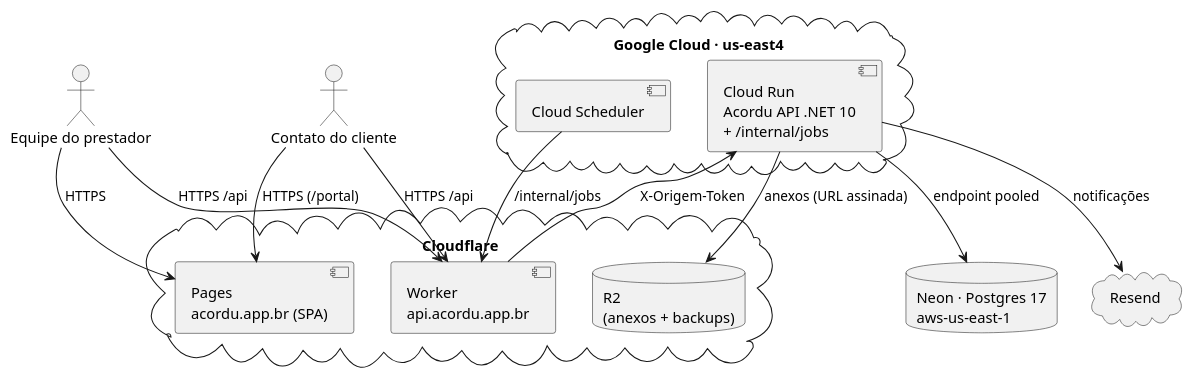
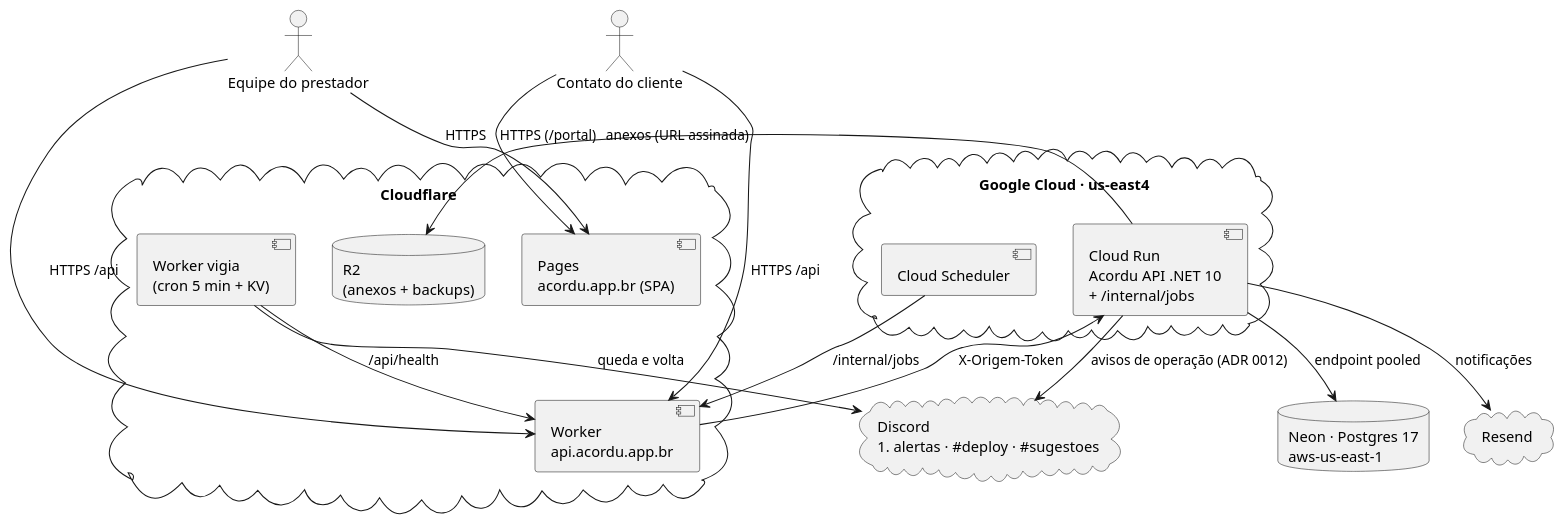
The third of 4 diagrams in docs/ers/ERS-acordu-v1.md (dansantxs/Acordu), drawn with PlantUML before and after one commit. The commit also changed 5 other files, not shown here.

First line of the commit message:
docs: vigia no deploy-ci, setup, ERS e estrutura; F13 concluído

````diff
--- a/docs/ers/ERS-acordu-v1.md
+++ b/docs/ers/ERS-acordu-v1.md
@@ -542,27 +542,32 @@
 ```plantuml
 @startuml
 actor "Equipe do prestador" as eq
 actor "Contato do cliente" as ct
 cloud "Cloudflare" {
   component "Pages\nacordu.app.br (SPA)" as spa
   component "Worker\napi.acordu.app.br" as borda
+  component "Worker vigia\n(cron 5 min + KV)" as vigia
   database "R2\n(anexos + backups)" as r2
 }
 cloud "Google Cloud · us-east4" {
   component "Cloud Run\nAcordu API .NET 10\n+ /internal/jobs" as api
   component "Cloud Scheduler" as sched
 }
 database "Neon · Postgres 17\naws-us-east-1" as pg
 cloud "Resend" as mail
+cloud "Discord\n#alertas · #deploy · #sugestoes" as discord
 
 eq --> spa : HTTPS
 ct --> spa : HTTPS (/portal)
 eq --> borda : HTTPS /api
 ct --> borda : HTTPS /api
 borda --> api : X-Origem-Token
 sched --> borda : /internal/jobs
 api --> pg : endpoint pooled
 api --> r2 : anexos (URL assinada)
 api --> mail : notificações
+api --> discord : avisos de operação (ADR 0012)
+vigia --> borda : /api/health
+vigia --> discord : queda e volta
 @enduml
 ```
````
